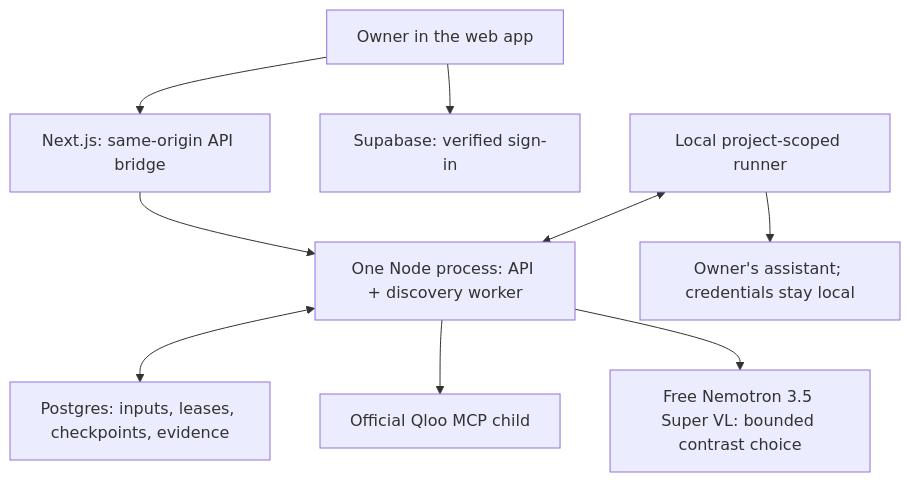
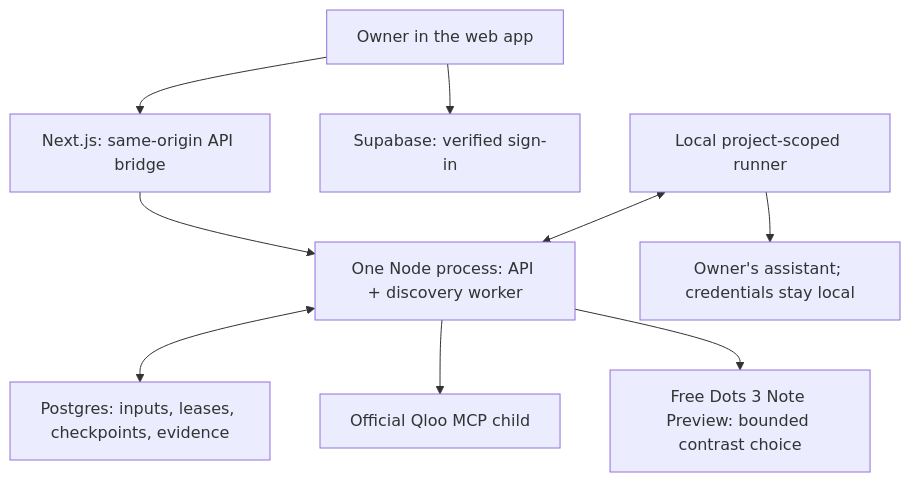
The second of 2 diagrams in README.md (CryptoZephyr/tastecase), drawn with Mermaid before and after one commit. The commit also changed other lines of this file and 5 other files, not shown here.

Commit message:
Switch discovery selector to free Dots 3 Note Preview (#21)

````diff
--- a/README.md
+++ b/README.md
@@ -78,11 +78,11 @@
 ```mermaid
 flowchart TB
   Owner["Owner in the web app"] --> Web["Next.js: same-origin API bridge"]
   Owner --> Auth["Supabase: verified sign-in"]
   Web --> Backend["One Node process: API + discovery worker"]
   Backend <--> DB["Postgres: inputs, leases, checkpoints, evidence"]
   Backend --> MCP["Official Qloo MCP child"]
-  Backend --> Model["Free Nemotron 3.5 Super VL: bounded contrast choice"]
+  Backend --> Model["Free Dots 3 Note Preview: bounded contrast choice"]
   Runner["Local project-scoped runner"] <--> Backend
   Runner --> Target["Owner's assistant; credentials stay local"]
 ```
````
